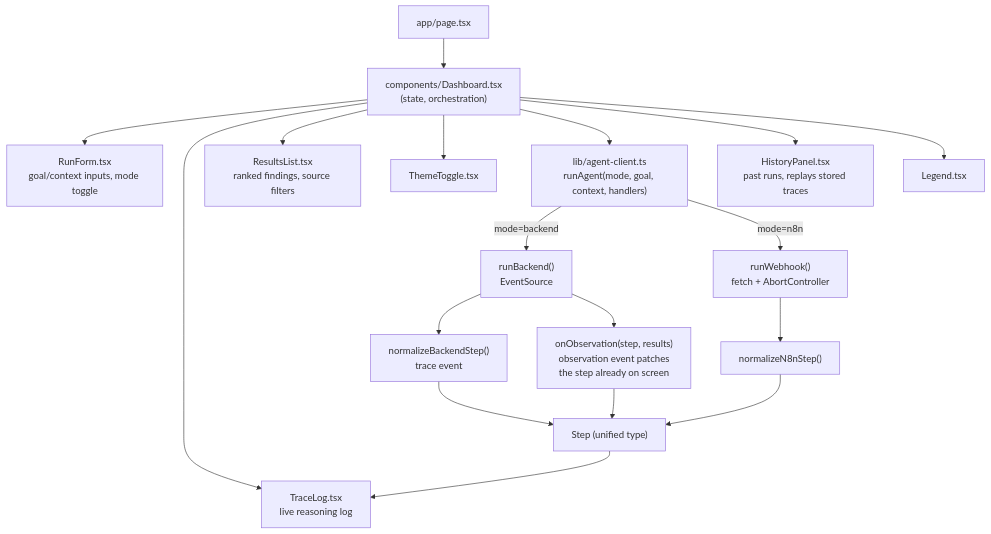
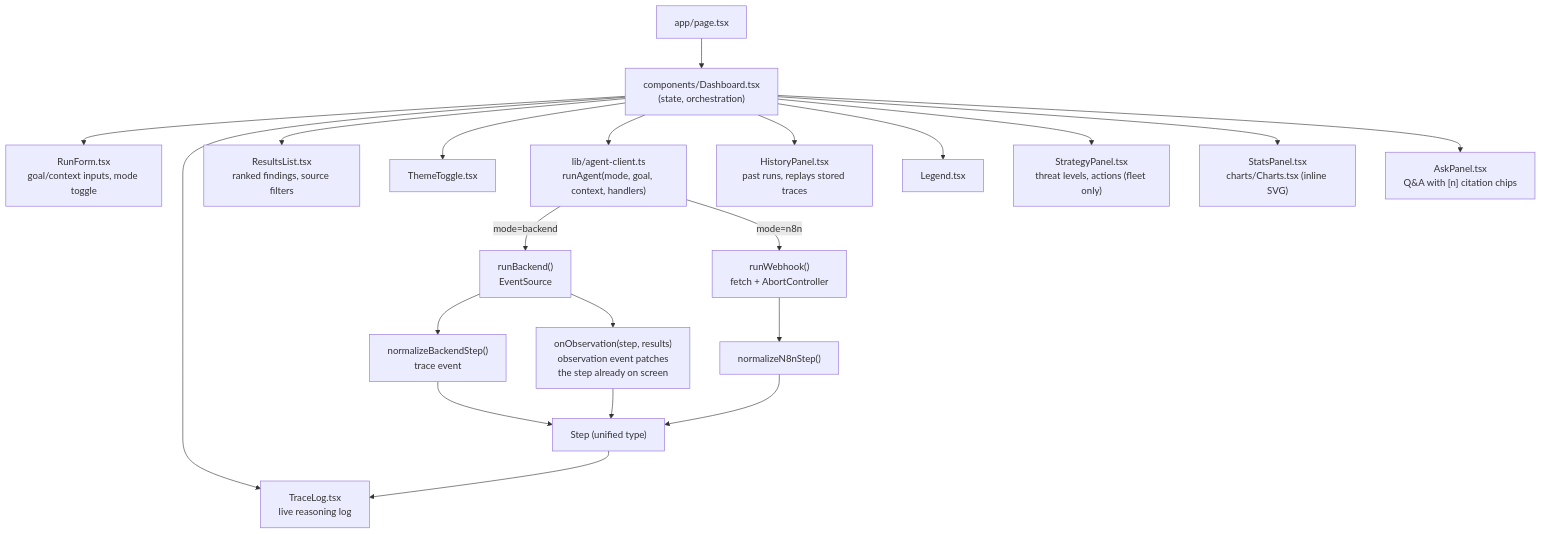
The seventh of 7 diagrams in docs/ARCHITECTURE.md (ByteNinjaSmit/Agentx), drawn with Mermaid before and after one commit. The commit also changed other lines of this file and 35 other files, not shown here.

````diff
--- a/docs/ARCHITECTURE.md
+++ b/docs/ARCHITECTURE.md
@@ -239,20 +300,23 @@
 ```mermaid
 flowchart TB
     Page["app/page.tsx"] --> Dashboard["components/Dashboard.tsx<br/>(state, orchestration)"]
     Dashboard --> RunForm["RunForm.tsx<br/>goal/context inputs, mode toggle"]
     Dashboard --> TraceLog["TraceLog.tsx<br/>live reasoning log"]
     Dashboard --> ResultsList["ResultsList.tsx<br/>ranked findings, source filters"]
     Dashboard --> ThemeToggle["ThemeToggle.tsx"]
     Dashboard --> Client["lib/agent-client.ts<br/>runAgent(mode, goal, context, handlers)"]
     Client -- "mode=backend" --> SSEfn["runBackend()<br/>EventSource"]
     Client -- "mode=n8n" --> Webhookfn["runWebhook()<br/>fetch + AbortController"]
     SSEfn --> Normalize["normalizeBackendStep()<br/>trace event"]
     SSEfn --> Obs["onObservation(step, results)<br/>observation event patches<br/>the step already on screen"]
     Webhookfn --> Normalize2["normalizeN8nStep()"]
     Normalize --> Step["Step (unified type)"]
     Normalize2 --> Step
     Obs --> Step
     Step --> TraceLog
     Dashboard --> HistoryPanel["HistoryPanel.tsx<br/>past runs, replays stored traces"]
     Dashboard --> Legend["Legend.tsx"]
+    Dashboard --> StrategyPanel["StrategyPanel.tsx<br/>threat levels, actions (fleet only)"]
+    Dashboard --> StatsPanel["StatsPanel.tsx<br/>charts/Charts.tsx (inline SVG)"]
+    Dashboard --> AskPanel["AskPanel.tsx<br/>Q&A with [n] citation chips"]
 ```
````
